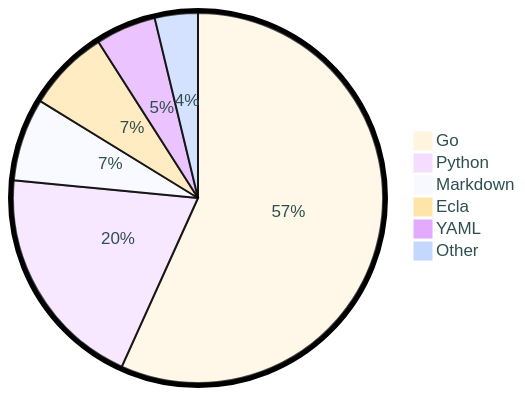
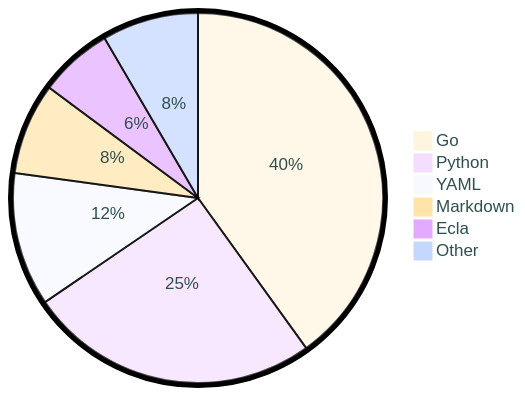
The diagram in README.md (tot0p/tot0p), drawn with Mermaid before and after one commit. The commit also changed other lines of this file, not shown here.

````diff
--- a/README.md
+++ b/README.md
@@ -79,10 +80,10 @@
 ```mermaid
 %%{init: {"pie": {"textPosition": 0.5}, "themeVariables": {"pieOuterStrokeWidth": "5px","primaryTextColor" : "#2F4F4F"},"theme":"base"} }%%
 pie
-	"Go": 56.75
-	"Python": 19.77
-	"Markdown": 7.24
-	"Ecla": 7.19
-	"YAML": 5.28
-	"Other": 3.7600000000000002
+	"Go": 40.06
+	"Python": 25.43
+	"YAML": 11.67
+	"Markdown": 8.0
+	"Ecla": 6.42
+	"Other": 8.42
 ```
````
